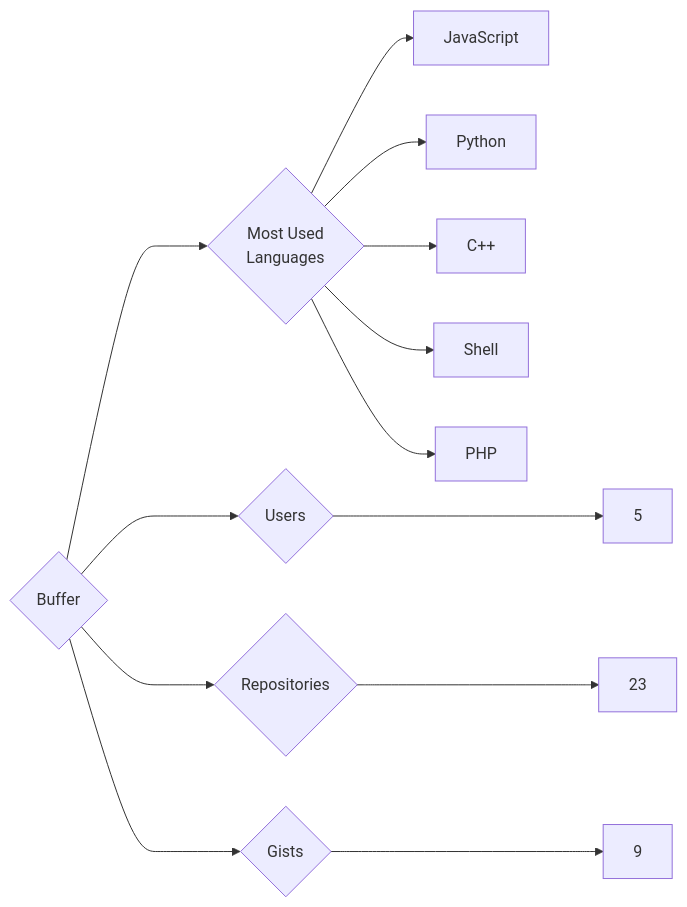
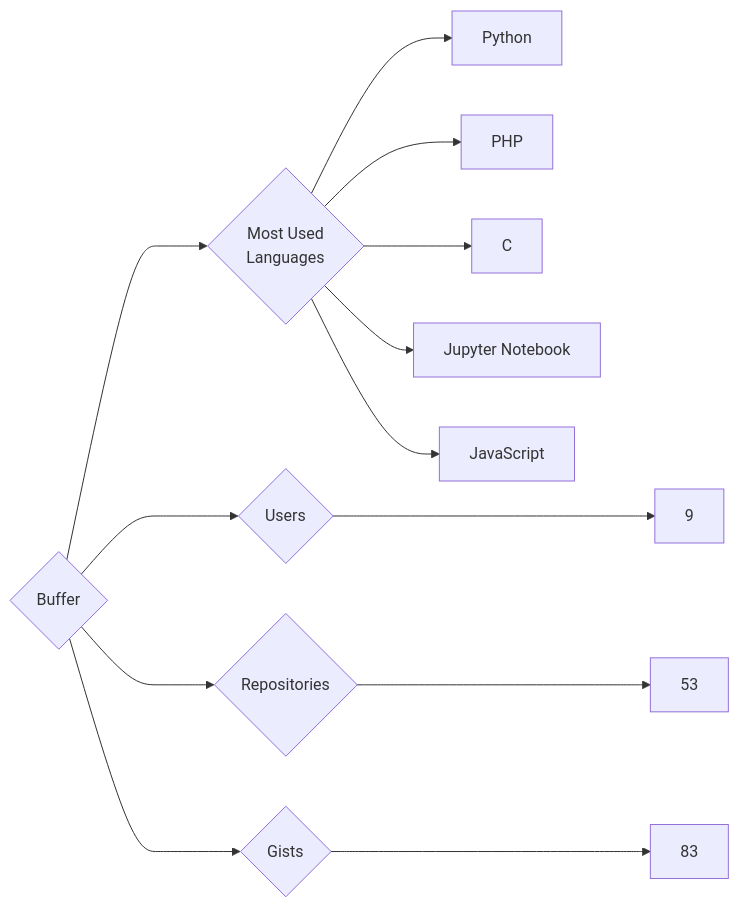
Before and after one commit to trickest/insiders: the diagram in targets/Buffer/README.md, drawn with Mermaid. The commit also changed 847 other files, not shown here.

````diff
--- a/targets/Buffer/README.md
+++ b/targets/Buffer/README.md
@@ -3,13 +3,13 @@
 ```mermaid
 graph LR
 COMPANY_NAME{Buffer}
-COMPANY_NAME ---> U{Users} ---> UN[5]
-COMPANY_NAME ---> R{Repositories} ---> RN[23]
-COMPANY_NAME ---> G{Gists} ---> GN[9]
+COMPANY_NAME ---> U{Users} ---> UN[9]
+COMPANY_NAME ---> R{Repositories} ---> RN[53]
+COMPANY_NAME ---> G{Gists} ---> GN[83]
 COMPANY_NAME ---> ML{Most Used<br>Languages}
+ML --> Python[Python]
+ML --> PHP[PHP]
+ML --> C[C]
+ML --> Jupyter_Notebook[Jupyter Notebook]
 ML --> JavaScript[JavaScript]
-ML --> Python[Python]
-ML --> C++[C++]
-ML --> Shell[Shell]
-ML --> PHP[PHP]
 ```
````
